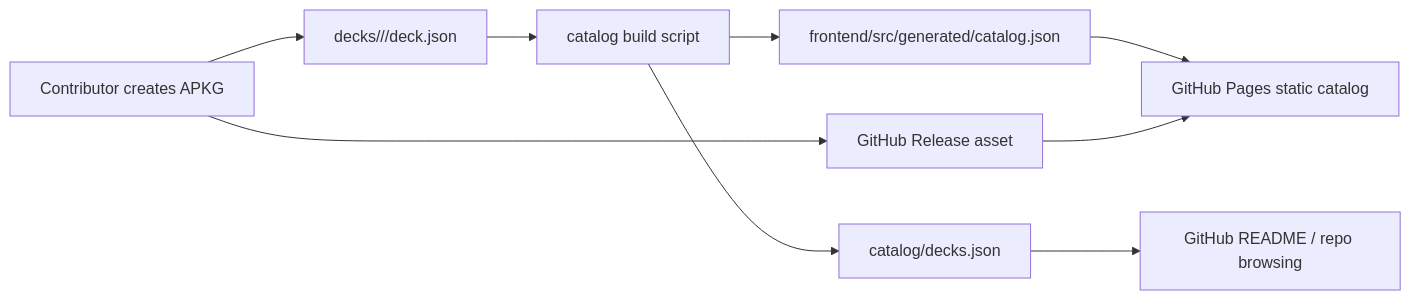
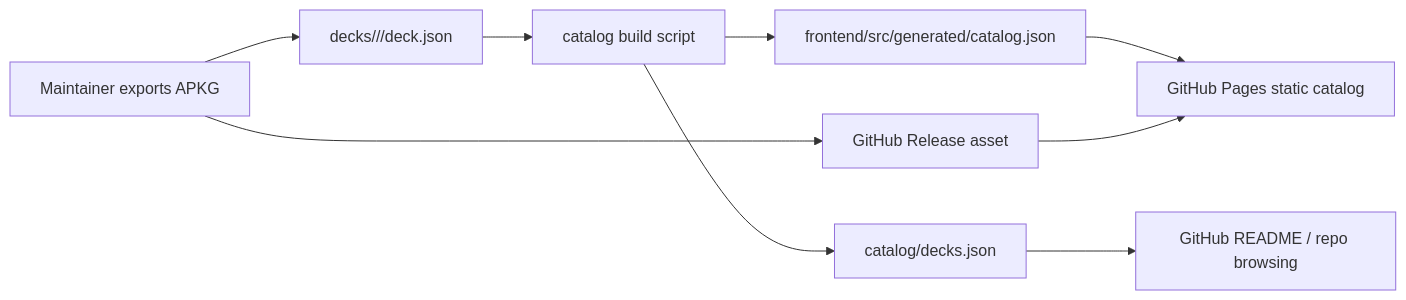
The diagram in docs/architecture.md (Enceladus-X/deckhub), drawn with Mermaid before and after one commit. The commit also changed other lines of this file and 8 other files, not shown here.

Commit message:
Switch DeckHub to maintainer-curated publishing

````diff
--- a/docs/architecture.md
+++ b/docs/architecture.md
@@ -5,11 +5,11 @@
 ```mermaid
 flowchart LR
-    A["Contributor creates APKG"] --> B["GitHub Release asset"]
+    A["Maintainer exports APKG"] --> B["GitHub Release asset"]
     A --> C["decks/<category>/<slug>/deck.json"]
     C --> D["catalog build script"]
     D --> E["catalog/decks.json"]
     D --> F["frontend/src/generated/catalog.json"]
     E --> G["GitHub README / repo browsing"]
     F --> H["GitHub Pages static catalog"]
     B --> H
 ```
````
